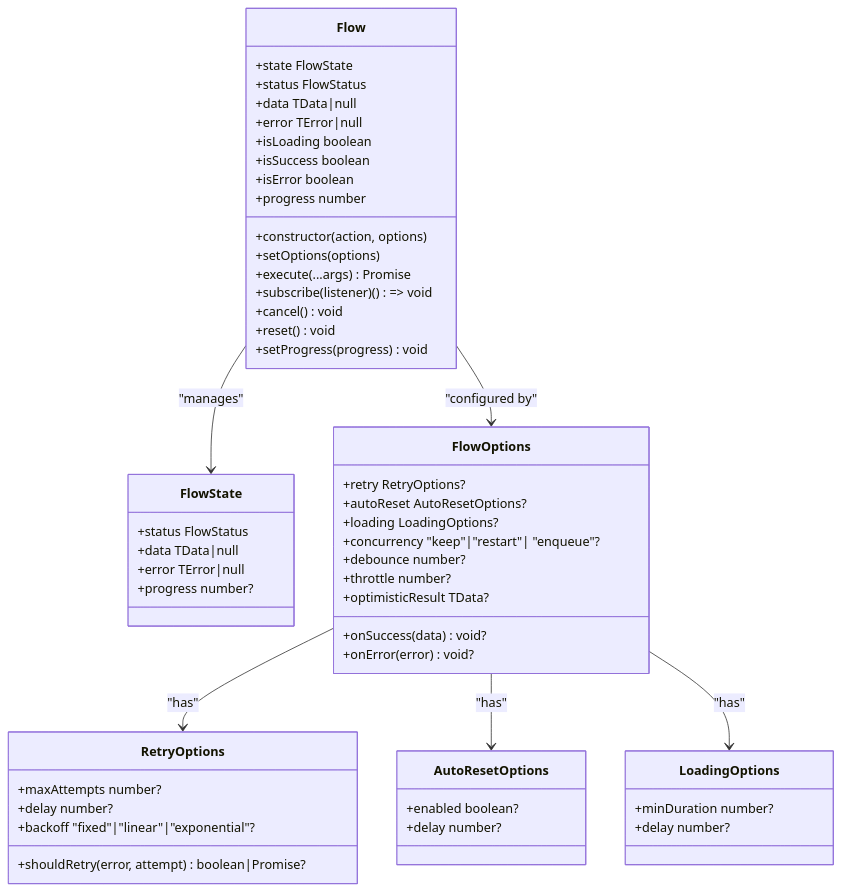
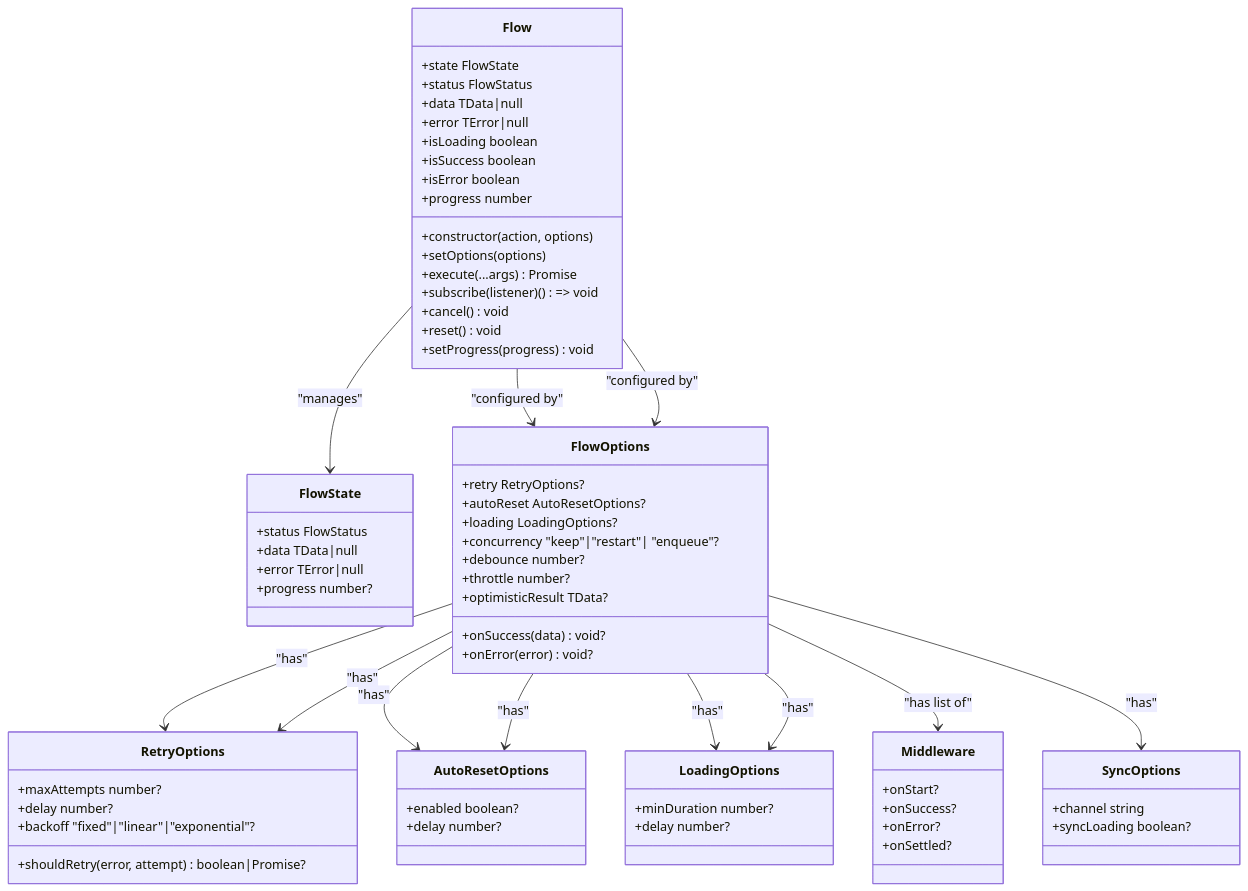
The second of 3 diagrams in documentation/content/Core Engine/Flow Class API.md (devhimanshuu/asyncflowstate), drawn with Mermaid before and after one commit. The commit also changed other lines of this file and 18 other files, not shown here.

Commit message:
feat: Implement core async flow management with Flow, Sequence, and Parallel classes, and introduce React hooks for integration.

````diff
--- a/documentation/content/Core Engine/Flow Class API.md
+++ b/documentation/content/Core Engine/Flow Class API.md
@@ -96,56 +105,72 @@
 ```mermaid
 classDiagram
 class Flow {
 +constructor(action, options)
 +setOptions(options)
 +execute(...args) Promise<TData|undefined>
 +subscribe(listener) () => void
 +cancel() void
 +reset() void
 +setProgress(progress) void
 +state FlowState
 +status FlowStatus
 +data TData|null
 +error TError|null
 +isLoading boolean
 +isSuccess boolean
 +isError boolean
 +progress number
 }
 class FlowState {
 +status FlowStatus
 +data TData|null
 +error TError|null
 +progress number?
 }
 class FlowOptions {
 +onSuccess(data) void?
 +onError(error) void?
 +retry RetryOptions?
 +autoReset AutoResetOptions?
 +loading LoadingOptions?
 +concurrency "keep"|"restart"| "enqueue"?
 +debounce number?
 +throttle number?
 +optimisticResult TData?
 }
 class RetryOptions {
 +maxAttempts number?
 +delay number?
 +backoff "fixed"|"linear"|"exponential"?
 +shouldRetry(error, attempt) boolean|Promise<boolean>?
 }
 class AutoResetOptions {
 +enabled boolean?
 +delay number?
 }
 class LoadingOptions {
 +minDuration number?
 +delay number?
 }
+class Middleware {
++onStart?
++onSuccess?
++onError?
++onSettled?
+}
+class SyncOptions {
++channel string
++syncLoading boolean?
+}
 Flow --> FlowState : "manages"
 Flow --> FlowOptions : "configured by"
 FlowOptions --> RetryOptions : "has"
 FlowOptions --> AutoResetOptions : "has"
 FlowOptions --> LoadingOptions : "has"
+FlowOptions --> Middleware : "has list of"
+FlowOptions --> SyncOptions : "has"
+Flow --> FlowOptions : "configured by"
+FlowOptions --> RetryOptions : "has"
+FlowOptions --> AutoResetOptions : "has"
+FlowOptions --> LoadingOptions : "has"
 ```
````
